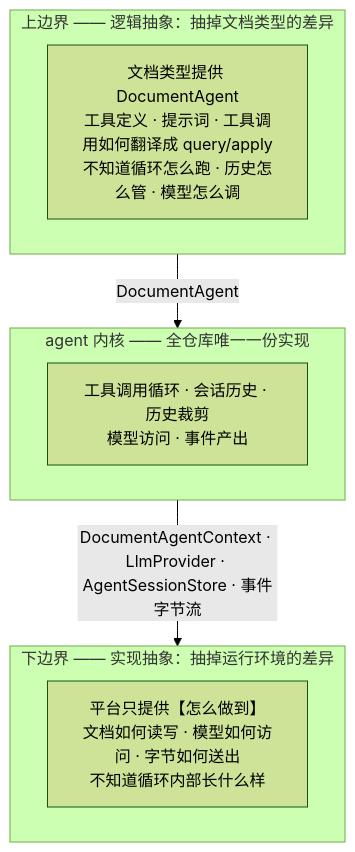
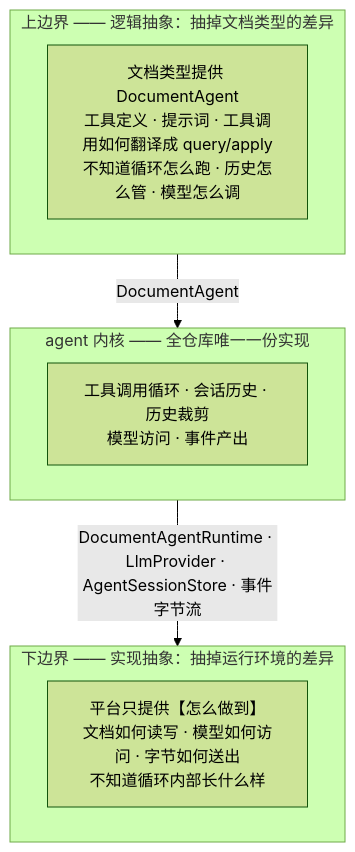
Before and after one commit to shazhou-ww/unidocs: the first of 15 diagrams in docs/superpowers/specs/2026-08-26-agent-sdk-design.md, drawn with Mermaid (forest theme). The commit also changed other lines of this file, not shown here.

First line of the commit message:
docs(agent-sdk): DocumentAgentContext 改名 DocumentAgentRuntime,并拆出 readBlob

````diff
--- a/docs/superpowers/specs/2026-08-26-agent-sdk-design.md
+++ b/docs/superpowers/specs/2026-08-26-agent-sdk-design.md
@@ -15,17 +15,17 @@
 ```mermaid
 flowchart TB
     subgraph up["上边界 —— 逻辑抽象：抽掉文档类型的差异"]
         U["文档类型提供 DocumentAgent<br/>工具定义 · 提示词 · 工具调用如何翻译成 query/apply<br/>不知道循环怎么跑 · 历史怎么管 · 模型怎么调"]
     end
 
     subgraph core["agent 内核 —— 全仓库唯一一份实现"]
         K["工具调用循环 · 会话历史 · 历史裁剪<br/>模型访问 · 事件产出"]
     end
 
     subgraph down["下边界 —— 实现抽象：抽掉运行环境的差异"]
         D["平台只提供【怎么做到】<br/>文档如何读写 · 模型如何访问 · 字节如何送出<br/>不知道循环内部长什么样"]
     end
 
     up -->|"DocumentAgent"| core
-    core -->|"DocumentAgentContext · LlmProvider · AgentSessionStore · 事件字节流"| down
+    core -->|"DocumentAgentRuntime · LlmProvider · AgentSessionStore · 事件字节流"| down
 ```
````
